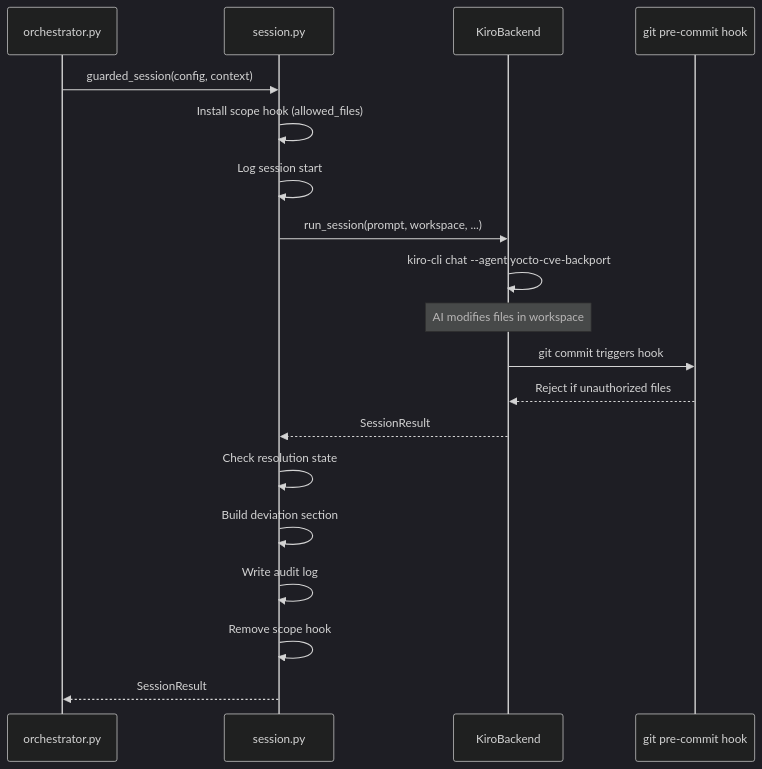
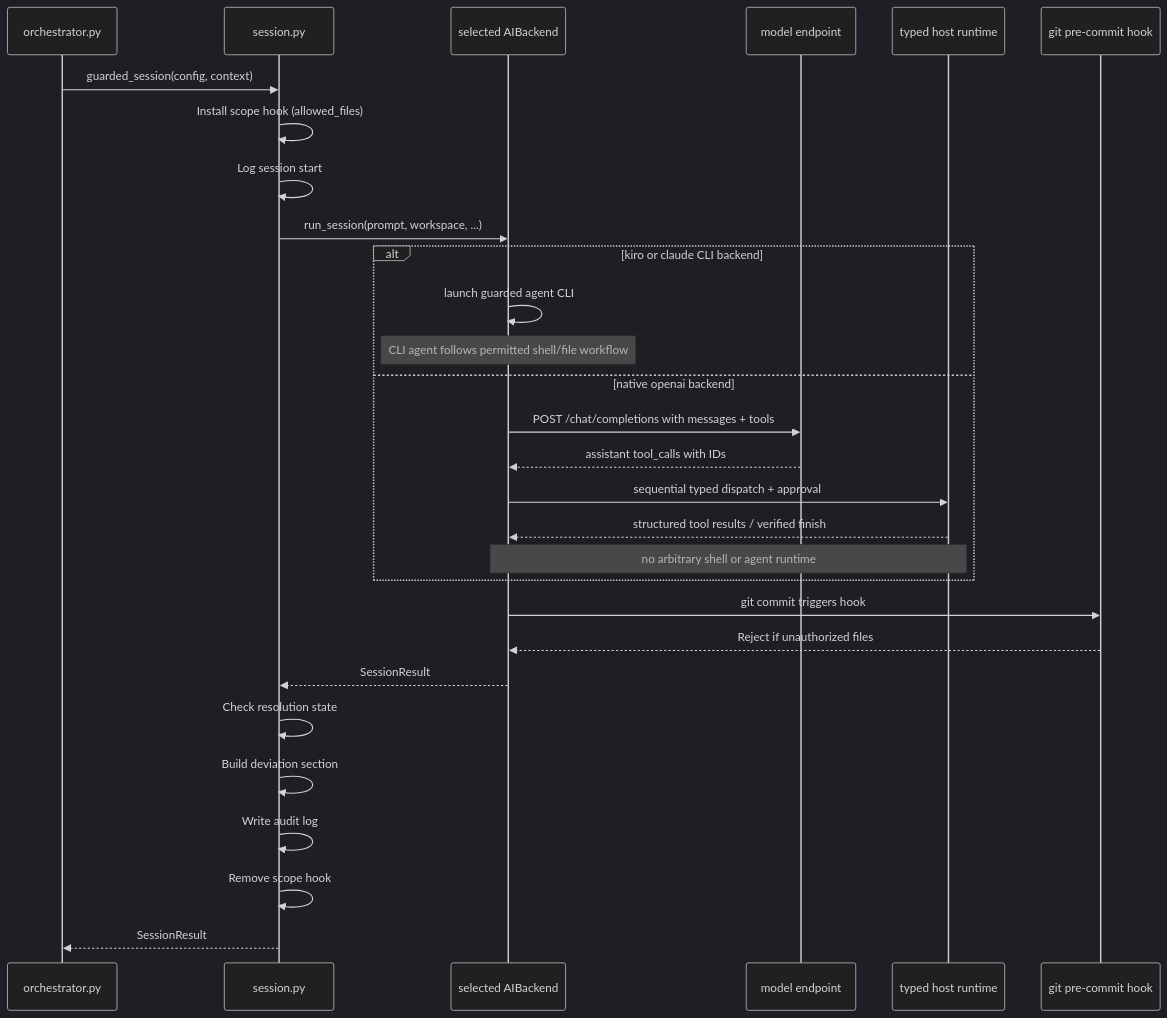
One commit to Ericsson/yocto-security-tools changed the fifth of 8 diagrams in .agents/summary/workflows.md. Above: the diagram before and after it, drawn with Mermaid (dark theme). The commit also changed other lines of this file and 9 other files, not shown here.

First line of the commit message:
docs: document native OpenAI-compatible backend

````diff
--- a/.agents/summary/workflows.md
+++ b/.agents/summary/workflows.md
@@ -133,22 +133,32 @@
 ```mermaid
 sequenceDiagram
     participant Agent as orchestrator.py
     participant Session as session.py
-    participant Backend as KiroBackend
+    participant Backend as selected AIBackend
+    participant Endpoint as model endpoint
+    participant Native as typed host runtime
     participant Hook as git pre-commit hook
 
     Agent->>Session: guarded_session(config, context)
     Session->>Session: Install scope hook (allowed_files)
     Session->>Session: Log session start
     Session->>Backend: run_session(prompt, workspace, ...)
-    Backend->>Backend: kiro-cli chat --agent yocto-cve-backport
-    Note over Backend: AI modifies files in workspace
+    alt kiro or claude CLI backend
+        Backend->>Backend: launch guarded agent CLI
+        Note over Backend: CLI agent follows permitted shell/file workflow
+    else native openai backend
+        Backend->>Endpoint: POST /chat/completions with messages + tools
+        Endpoint-->>Backend: assistant tool_calls with IDs
+        Backend->>Native: sequential typed dispatch + approval
+        Native-->>Backend: structured tool results / verified finish
+        Note over Backend,Native: no arbitrary shell or agent runtime
+    end
     Backend->>Hook: git commit triggers hook
     Hook-->>Backend: Reject if unauthorized files
     Backend-->>Session: SessionResult
     Session->>Session: Check resolution state
     Session->>Session: Build deviation section
     Session->>Session: Write audit log
     Session->>Session: Remove scope hook
     Session-->>Agent: SessionResult
 ```
````
